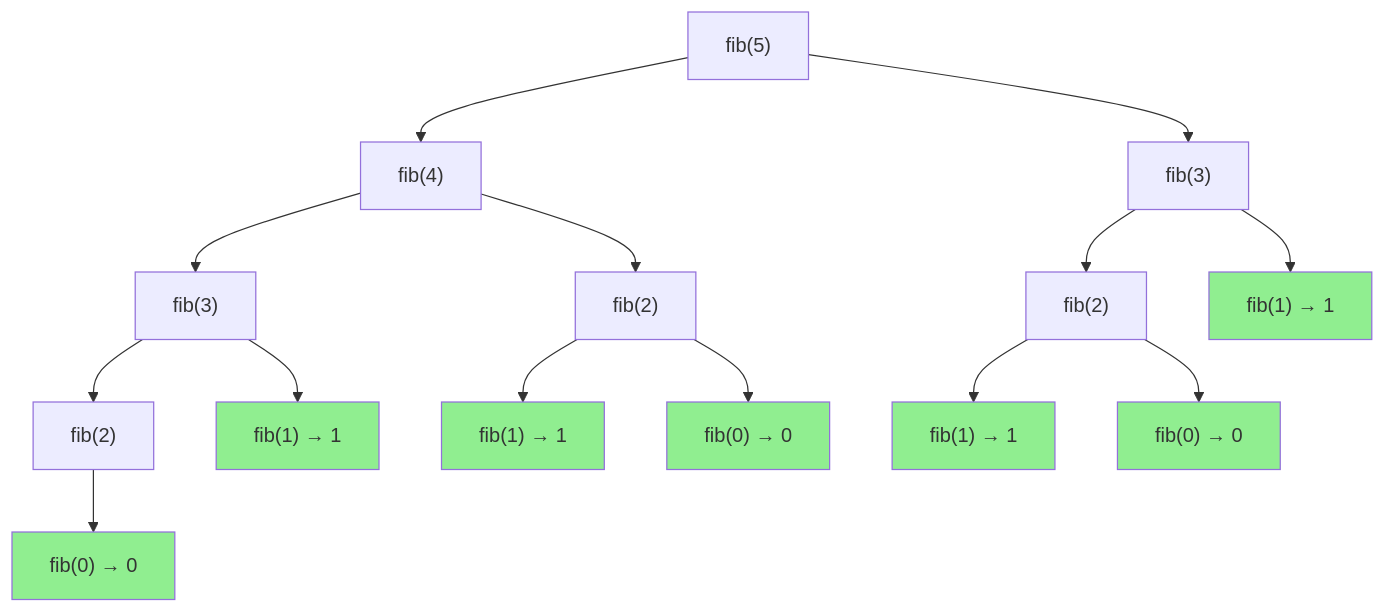
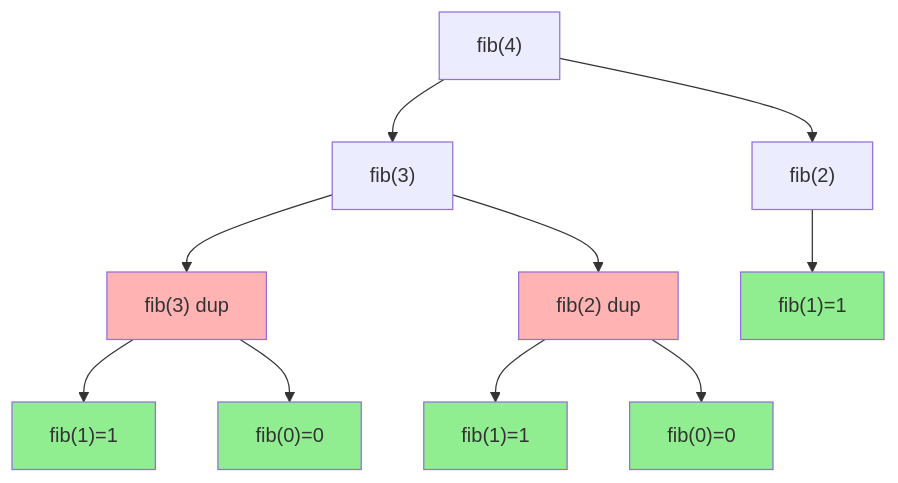
The sixth of 58 diagrams in plantilla-soluciones.md (nehuenlabs/estudios-algoritmos-recursividad), drawn with Mermaid before and after one commit. The commit also changed other lines of this file, not shown here.

````diff
--- a/plantilla-soluciones.md
+++ b/plantilla-soluciones.md
@@ -127,39 +201,31 @@
 ```mermaid
 flowchart TD
-    F5["fib(5)"]
     F4["fib(4)"]
     F3a["fib(3)"]
-    F3b["fib(3)"]
     F2a["fib(2)"]
-    F2b["fib(2)"]
-    F2c["fib(2)"]
-    F1a["fib(1) → 1"]
-    F1b["fib(1) → 1"]
-    F1c["fib(1) → 1"]
-    F1d["fib(1) → 1"]
-    F0a["fib(0) → 0"]
-    F0b["fib(0) → 0"]
-    F0c["fib(0) → 0"]
+    F3b["fib(3) dup"]
+    F2b["fib(2) dup"]
+    F1a["fib(1)=1"]
+    F1b["fib(1)=1"]
+    F1c["fib(1)=1"]
+    F0a["fib(0)=0"]
+    F0b["fib(0)=0"]
 
-    F5 --> F4
-    F5 --> F3a
-    F4 --> F3b
+    F4 --> F3a
     F4 --> F2a
+    F3a --> F3b
     F3a --> F2b
-    F3a --> F1a
-    F3b --> F2c
-    F3b --> F1b
+    F3b --> F1a
+    F3b --> F0a
+    F2b --> F1b
+    F2b --> F0b
     F2a --> F1c
-    F2a --> F0a
-    F2b --> F1d
-    F2b --> F0b
-    F2c --> F0c
 
     style F1a fill:#90EE90
     style F1b fill:#90EE90
     style F1c fill:#90EE90
-    style F1d fill:#90EE90
     style F0a fill:#90EE90
     style F0b fill:#90EE90
-    style F0c fill:#90EE90
+    style F3b fill:#FFB3B3
+    style F2b fill:#FFB3B3
 ```
````
